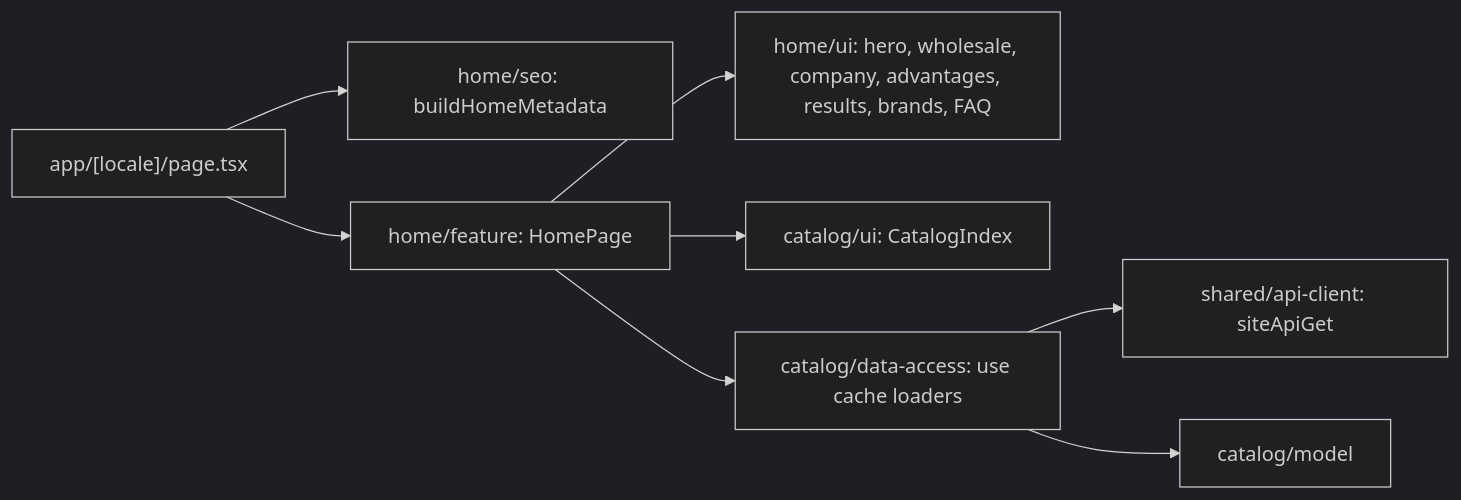
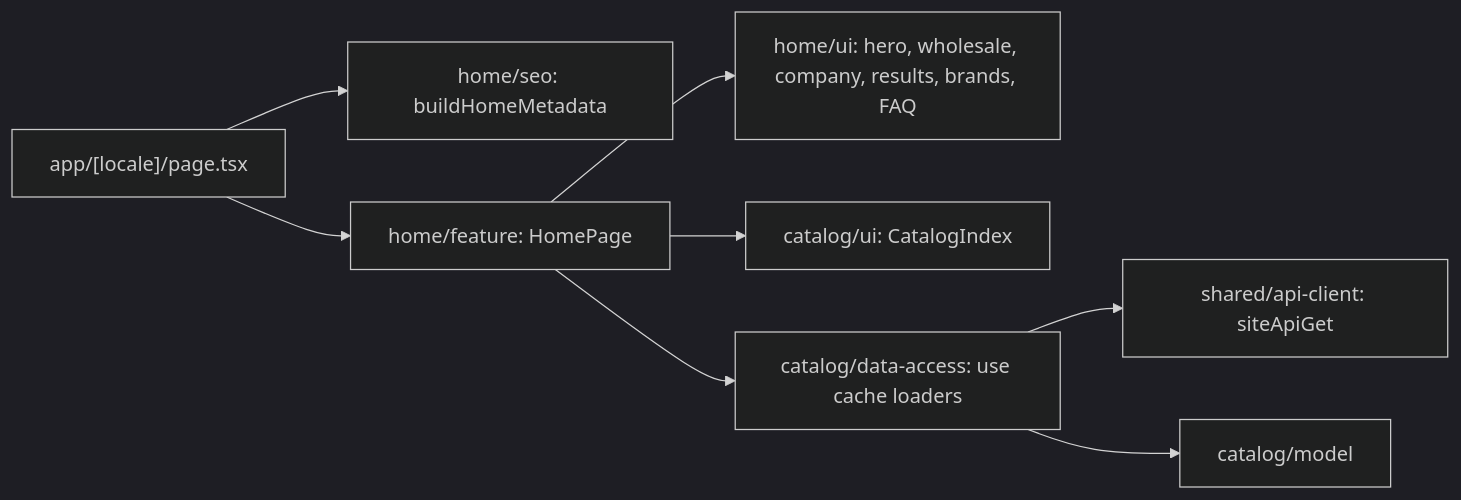
The diagram in docs/features/site/home.md (Weretik/kedr-web), drawn with Mermaid (dark theme) before and after one commit. The commit also changed other lines of this file and 7 other files, not shown here.

First line of the commit message:
docs(site): feature cards for the header, listings, product, cart, home, and articles changes

````diff
--- a/docs/features/site/home.md
+++ b/docs/features/site/home.md
@@ -16,10 +16,10 @@
 ```mermaid
 flowchart LR
 Route["app/[locale]/page.tsx"] --> Seo["home/seo: buildHomeMetadata"]
 Route --> Feature["home/feature: HomePage"]
-Feature --> HomeUi["home/ui: hero, wholesale, company, advantages, results, brands, FAQ"]
+Feature --> HomeUi["home/ui: hero, wholesale, company, results, brands, FAQ"]
 Feature --> CatalogUi["catalog/ui: CatalogIndex"]
 Feature --> Data["catalog/data-access: use cache loaders"]
 Data --> Api["shared/api-client: siteApiGet"]
 Data --> Model["catalog/model"]
 ```
````
